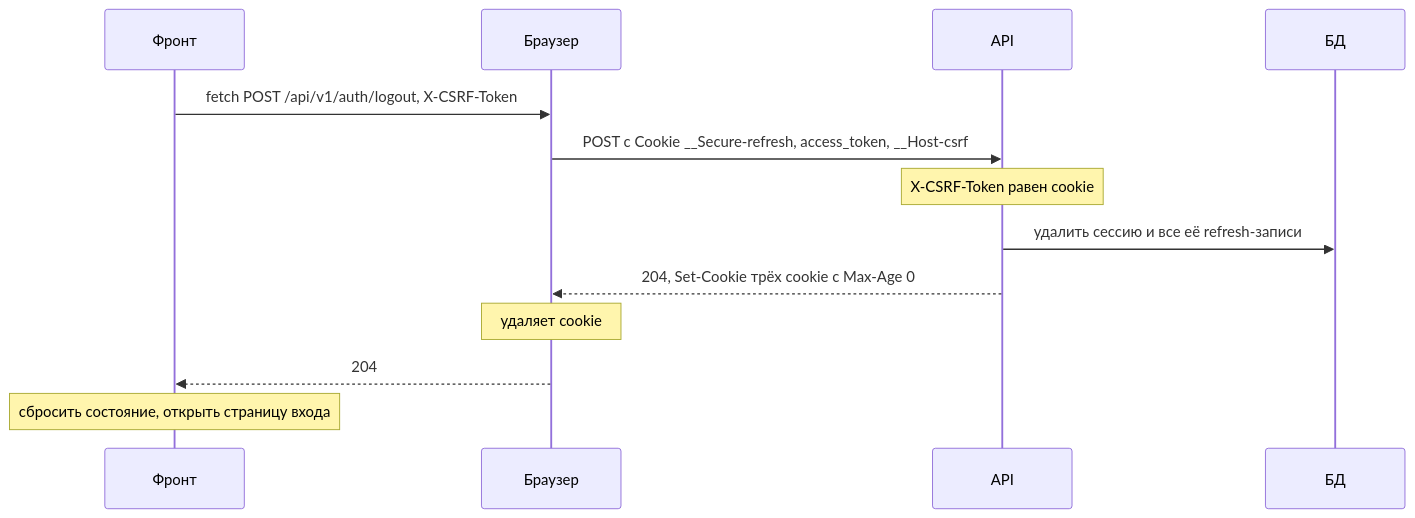
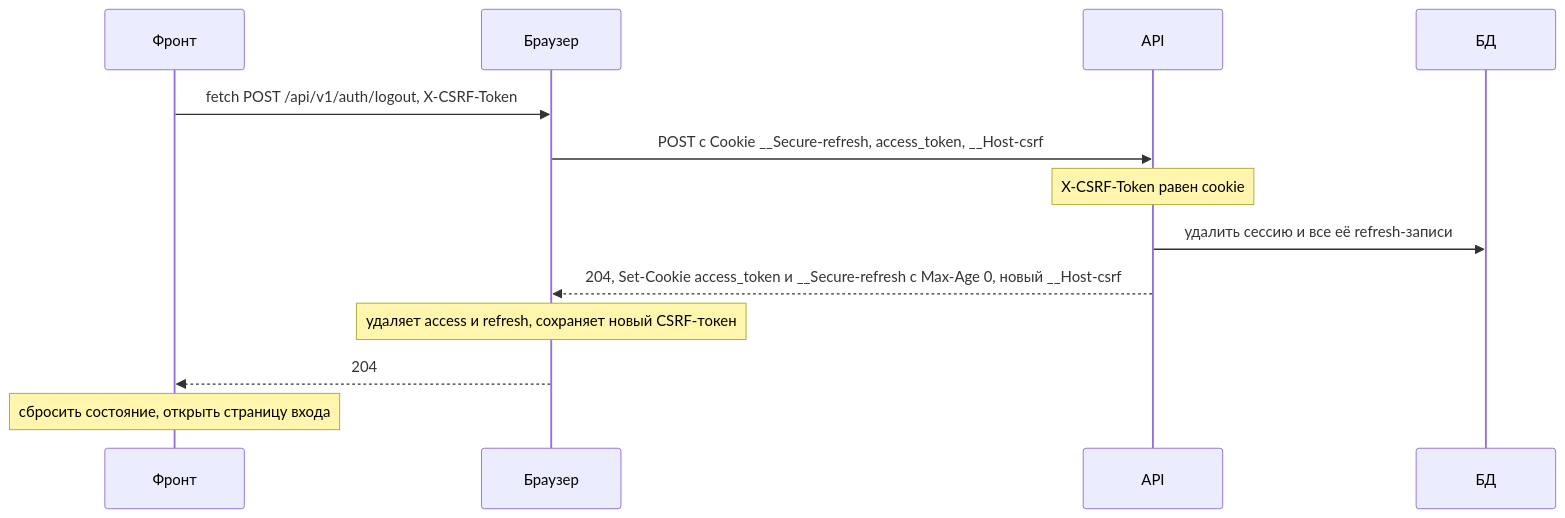
The fifth of 5 diagrams in rk1/variant-a.md (TP-Prepare/technopark-guidelines), drawn with Mermaid before and after one commit. The commit also changed other lines of this file and 7 other files, not shown here.

Commit message:
fix(rk1): CSRF-cookie ставит middleware, без отдельной ручки

````diff
--- a/rk1/variant-a.md
+++ b/rk1/variant-a.md
@@ -211,15 +222,15 @@
 ```mermaid
 sequenceDiagram
     participant F as Фронт
     participant B as Браузер
     participant A as API
     participant D as БД
     F->>B: fetch POST /api/v1/auth/logout, X-CSRF-Token
     B->>A: POST с Cookie __Secure-refresh, access_token, __Host-csrf
     Note over A: X-CSRF-Token равен cookie
     A->>D: удалить сессию и все её refresh-записи
-    A-->>B: 204, Set-Cookie трёх cookie с Max-Age 0
-    Note over B: удаляет cookie
+    A-->>B: 204, Set-Cookie access_token и __Secure-refresh с Max-Age 0, новый __Host-csrf
+    Note over B: удаляет access и refresh, сохраняет новый CSRF-токен
     B-->>F: 204
     Note over F: сбросить состояние, открыть страницу входа
 ```
````
